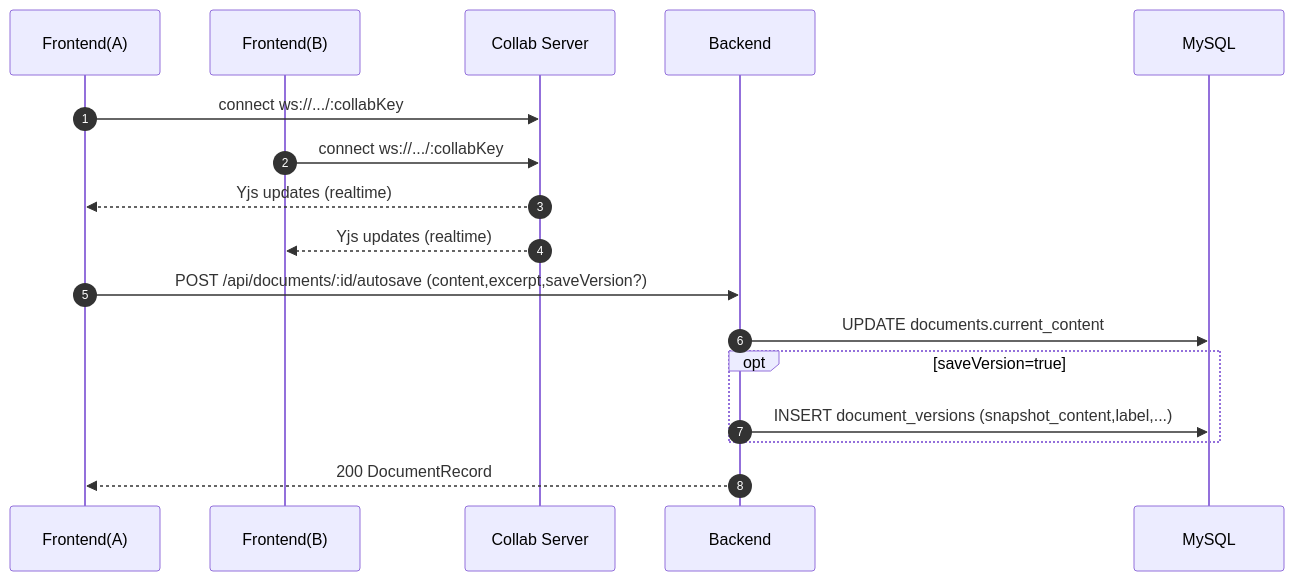
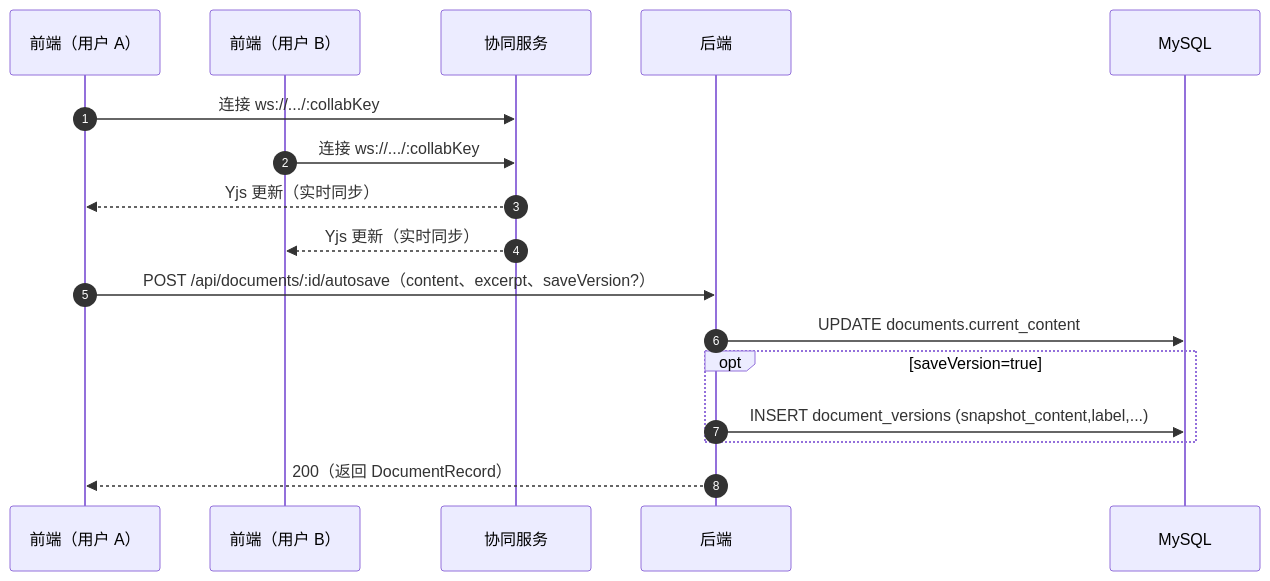
Before and after one commit to moduqishi/educollab: the fourth of 6 diagrams in README.md, drawn with Mermaid. The commit also changed other lines of this file, not shown here.

Commit message:
Localize Mermaid diagrams to Chinese

````diff
--- a/README.md
+++ b/README.md
@@ -149,21 +149,21 @@
 ```mermaid
 sequenceDiagram
   autonumber
-  participant FE1 as Frontend(A)
-  participant FE2 as Frontend(B)
-  participant CS as Collab Server
-  participant BE as Backend
+  participant FE1 as 前端（用户 A）
+  participant FE2 as 前端（用户 B）
+  participant CS as 协同服务
+  participant BE as 后端
   participant DB as MySQL
 
-  FE1->>CS: connect ws://.../:collabKey
-  FE2->>CS: connect ws://.../:collabKey
-  CS-->>FE1: Yjs updates (realtime)
-  CS-->>FE2: Yjs updates (realtime)
+  FE1->>CS: 连接 ws://.../:collabKey
+  FE2->>CS: 连接 ws://.../:collabKey
+  CS-->>FE1: Yjs 更新（实时同步）
+  CS-->>FE2: Yjs 更新（实时同步）
 
-  FE1->>BE: POST /api/documents/:id/autosave (content,excerpt,saveVersion?)
+  FE1->>BE: POST /api/documents/:id/autosave（content、excerpt、saveVersion?）
   BE->>DB: UPDATE documents.current_content
   opt saveVersion=true
     BE->>DB: INSERT document_versions (snapshot_content,label,...)
   end
-  BE-->>FE1: 200 DocumentRecord
+  BE-->>FE1: 200（返回 DocumentRecord）
 ```
````
